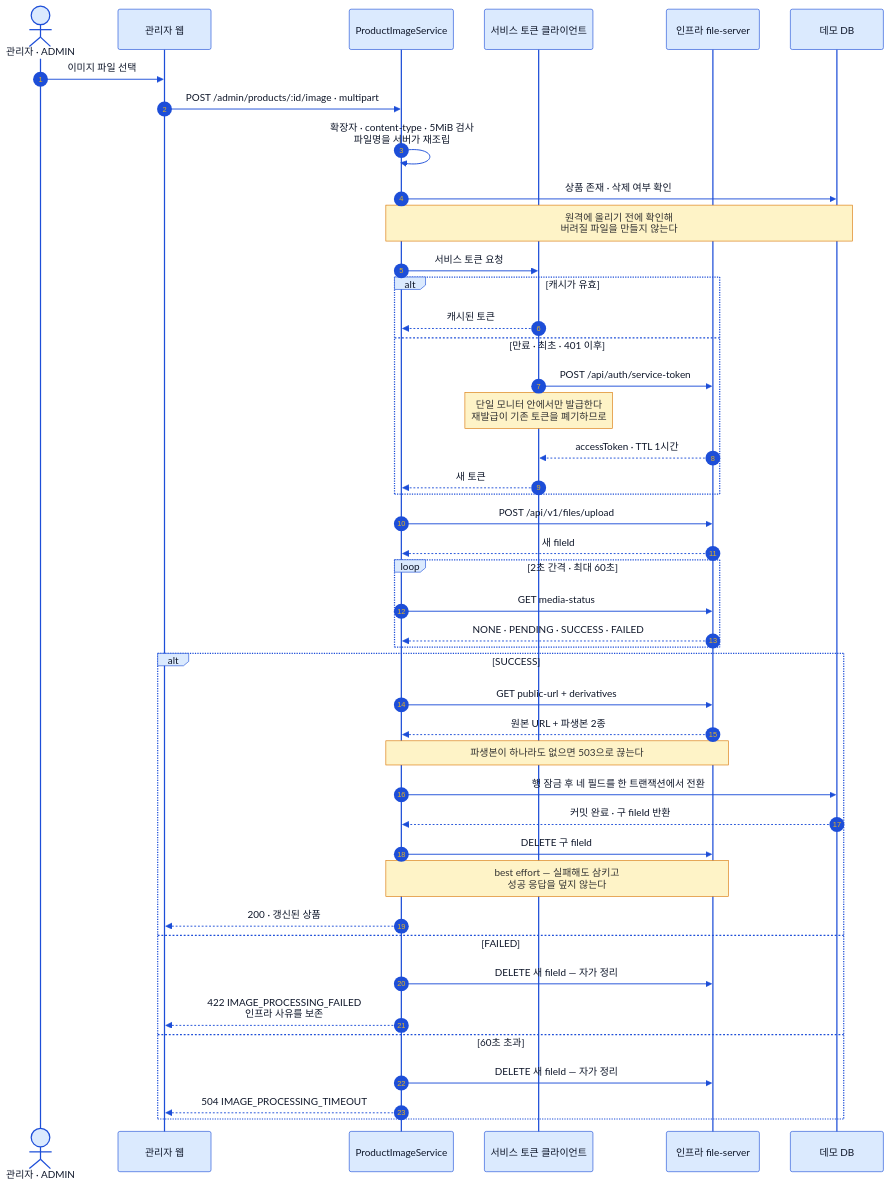
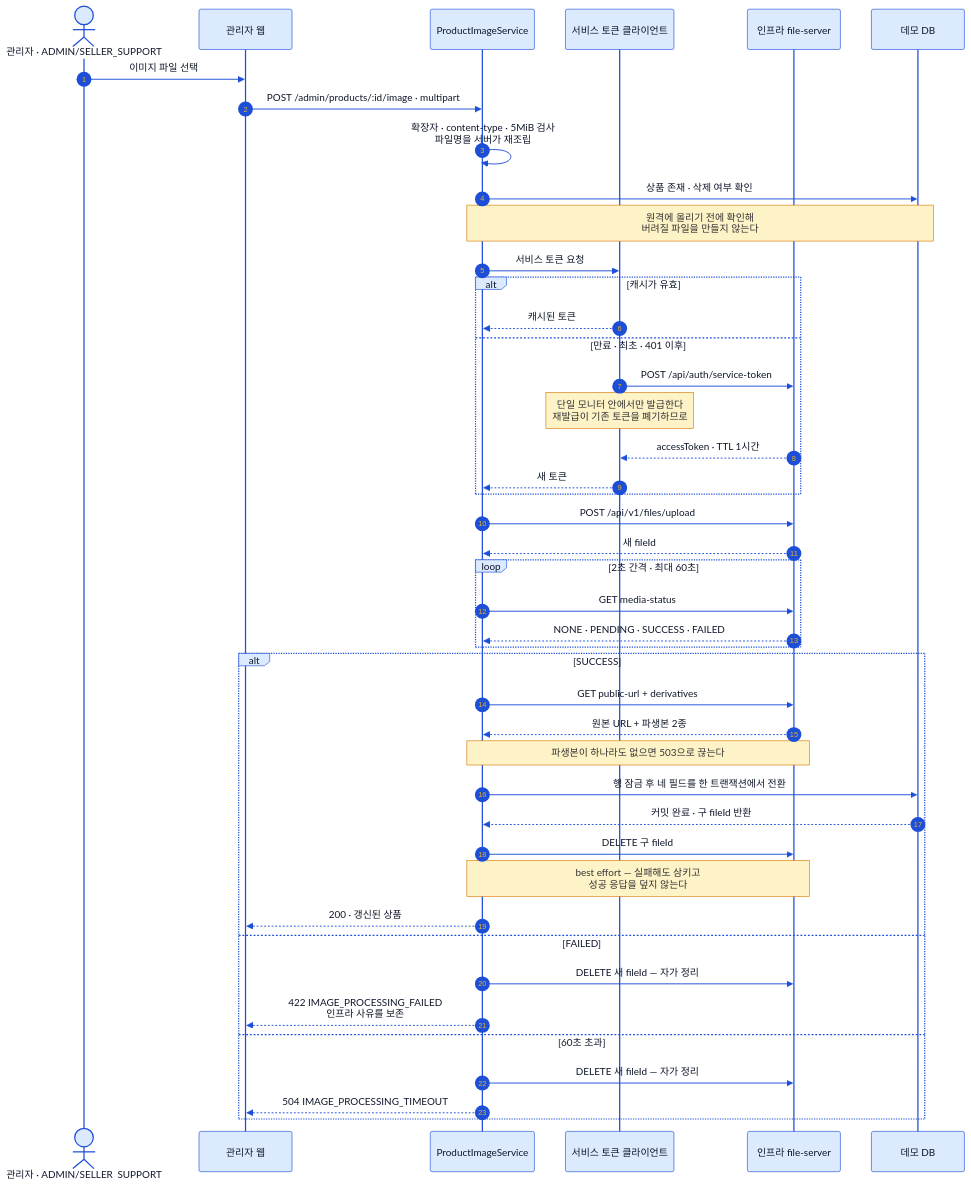
The fourth of 4 diagrams in docs/architecture/09-infra-integration.md (s-work-agency/ssw-e-commerce-demo-public), drawn with Mermaid before and after one commit. The commit also changed other lines of this file and 18 other files, not shown here.

````diff
--- a/docs/architecture/09-infra-integration.md
+++ b/docs/architecture/09-infra-integration.md
@@ -395,53 +402,53 @@
 ```mermaid
 %%{init: {"theme":"base","fontFamily":"Pretendard, Malgun Gothic, sans-serif","themeVariables":{"fontSize":"14px","primaryColor":"#DBEAFE","primaryBorderColor":"#1D4ED8","primaryTextColor":"#0F172A","lineColor":"#1D4ED8","secondaryColor":"#FEF3C7","tertiaryColor":"#DCFCE7","clusterBkg":"#F8FAFC","clusterBorder":"#CBD5E1","noteBkgColor":"#FEF3C7","noteBorderColor":"#D97706","actorBkg":"#DBEAFE","actorBorder":"#1D4ED8","actorTextColor":"#0F172A","signalColor":"#1D4ED8","signalTextColor":"#0F172A","labelBoxBkgColor":"#DBEAFE","labelBoxBorderColor":"#1D4ED8","altSectionBkgColor":"#F8FAFC"},"flowchart":{"curve":"basis","htmlLabels":true,"padding":12}}}%%
 %% 공통 브랜드 테마 — architecture/*.md 전 다이어그램에 동일한 init 블록이 들어간다. 색을 바꿀 때는 이 폴더 전 파일을 일괄 치환할 것.
 sequenceDiagram
     autonumber
-    actor A as 관리자 · ADMIN
+    actor A as 관리자 · ADMIN/SELLER_SUPPORT
     participant W as 관리자 웹
     participant P as ProductImageService
     participant T as 서비스 토큰 클라이언트
     participant F as 인프라 file-server
     participant DB as 데모 DB
 
     A->>W: 이미지 파일 선택
     W->>P: POST /admin/products/:id/image · multipart
     P->>P: 확장자 · content-type · 5MiB 검사<br/>파일명을 서버가 재조립
     P->>DB: 상품 존재 · 삭제 여부 확인
     Note over P,DB: 원격에 올리기 전에 확인해<br/>버려질 파일을 만들지 않는다
 
     P->>T: 서비스 토큰 요청
     alt 캐시가 유효
         T-->>P: 캐시된 토큰
     else 만료 · 최초 · 401 이후
         T->>F: POST /api/auth/service-token
         Note over T: 단일 모니터 안에서만 발급한다<br/>재발급이 기존 토큰을 폐기하므로
         F-->>T: accessToken · TTL 1시간
         T-->>P: 새 토큰
     end
 
     P->>F: POST /api/v1/files/upload
     F-->>P: 새 fileId
 
     loop 2초 간격 · 최대 60초
         P->>F: GET media-status
         F-->>P: NONE · PENDING · SUCCESS · FAILED
     end
 
     alt SUCCESS
         P->>F: GET public-url + derivatives
         F-->>P: 원본 URL + 파생본 2종
         Note over P,F: 파생본이 하나라도 없으면 503으로 끊는다
         P->>DB: 행 잠금 후 네 필드를 한 트랜잭션에서 전환
         DB-->>P: 커밋 완료 · 구 fileId 반환
         P->>F: DELETE 구 fileId
         Note over P,F: best effort — 실패해도 삼키고<br/>성공 응답을 덮지 않는다
         P-->>W: 200 · 갱신된 상품
     else FAILED
         P->>F: DELETE 새 fileId — 자가 정리
         P-->>W: 422 IMAGE_PROCESSING_FAILED<br/>인프라 사유를 보존
     else 60초 초과
         P->>F: DELETE 새 fileId — 자가 정리
         P-->>W: 504 IMAGE_PROCESSING_TIMEOUT
     end
 ```
````
